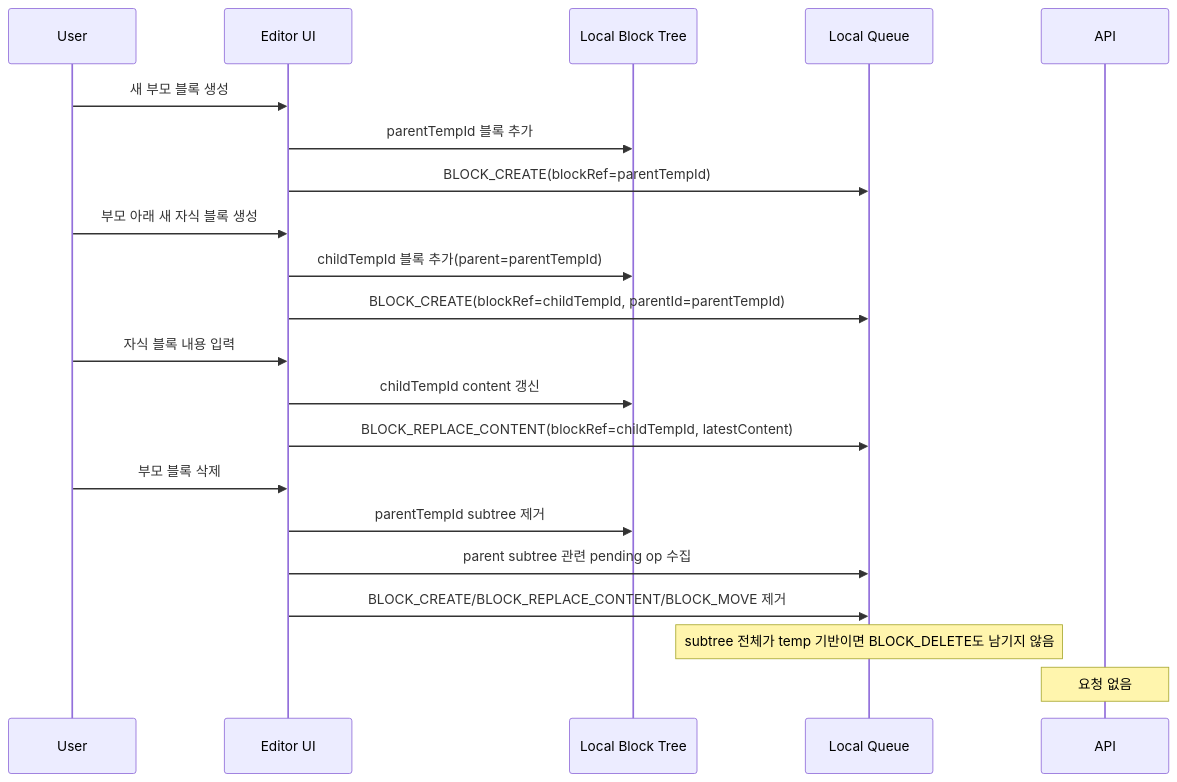
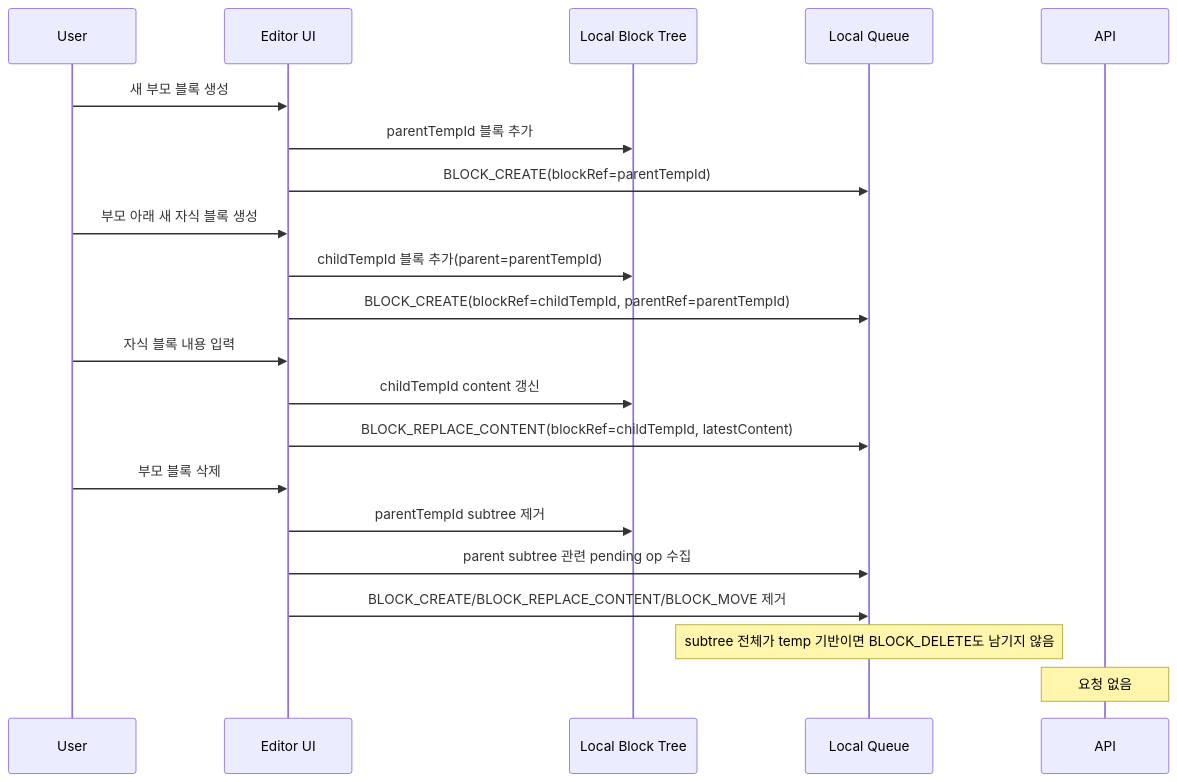
The fourth of 6 diagrams in docs/guides/frontend-editor-transaction-implementation-guide.md (jho951/service-editor), drawn with Mermaid before and after one commit. The commit also changed other lines of this file and 7 other files, not shown here.

First line of the commit message:
docs: transaction temp ref 지원 범위 확장

````diff
--- a/docs/guides/frontend-editor-transaction-implementation-guide.md
+++ b/docs/guides/frontend-editor-transaction-implementation-guide.md
@@ -579,27 +579,27 @@
 ```mermaid
 sequenceDiagram
     participant U as User
     participant E as Editor UI
     participant T as Local Block Tree
     participant Q as Local Queue
     participant A as API
 
     U->>E: 새 부모 블록 생성
     E->>T: parentTempId 블록 추가
     E->>Q: BLOCK_CREATE(blockRef=parentTempId)
 
     U->>E: 부모 아래 새 자식 블록 생성
     E->>T: childTempId 블록 추가(parent=parentTempId)
-    E->>Q: BLOCK_CREATE(blockRef=childTempId, parentId=parentTempId)
+    E->>Q: BLOCK_CREATE(blockRef=childTempId, parentRef=parentTempId)
 
     U->>E: 자식 블록 내용 입력
     E->>T: childTempId content 갱신
     E->>Q: BLOCK_REPLACE_CONTENT(blockRef=childTempId, latestContent)
 
     U->>E: 부모 블록 삭제
     E->>T: parentTempId subtree 제거
     E->>Q: parent subtree 관련 pending op 수집
     E->>Q: BLOCK_CREATE/BLOCK_REPLACE_CONTENT/BLOCK_MOVE 제거
     Note over Q: subtree 전체가 temp 기반이면 BLOCK_DELETE도 남기지 않음
     Note over A: 요청 없음
 ```
````
